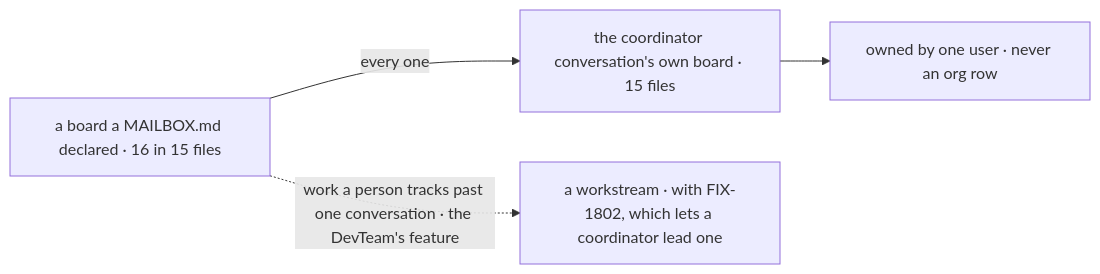
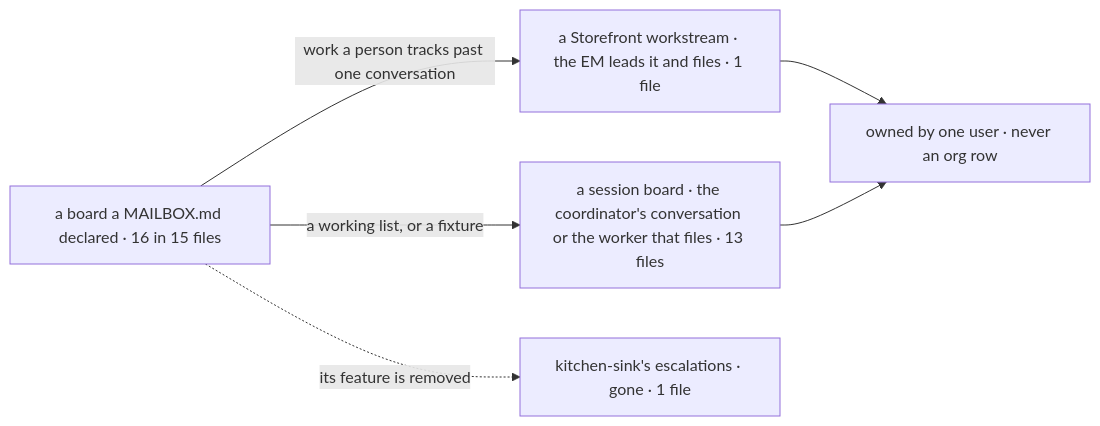
Before and after one commit to fixpoint-labs/flow-state-dev: the second of 2 diagrams in specs/issues/FIX-1792/SPEC.md, drawn with Mermaid. The commit also changed other lines of this file and 9 other files, not shown here.

````diff
--- a/specs/issues/FIX-1792/SPEC.md
+++ b/specs/issues/FIX-1792/SPEC.md
@@ -91,6 +91,8 @@
 ```mermaid
 flowchart LR
-  B["a board a MAILBOX.md declared · 16 in 15 files"] -->|"every one"| S["the coordinator conversation's own board · 15 files"]
-  S --> O["owned by one user · never an org row"]
-  B -.->|"work a person tracks past one conversation · the DevTeam's feature"| W["a workstream · with FIX-1802, which lets a coordinator lead one"]
+  B["a board a MAILBOX.md declared · 16 in 15 files"] -->|"work a person tracks past one conversation"| W["a Storefront workstream · the EM leads it and files · 1 file"]
+  B -->|"a working list, or a fixture"| S["a session board · the coordinator's conversation or the worker that files · 13 files"]
+  B -.->|"its feature is removed"| X["kitchen-sink's escalations · gone · 1 file"]
+  W --> O["owned by one user · never an org row"]
+  S --> O
 ```
````
